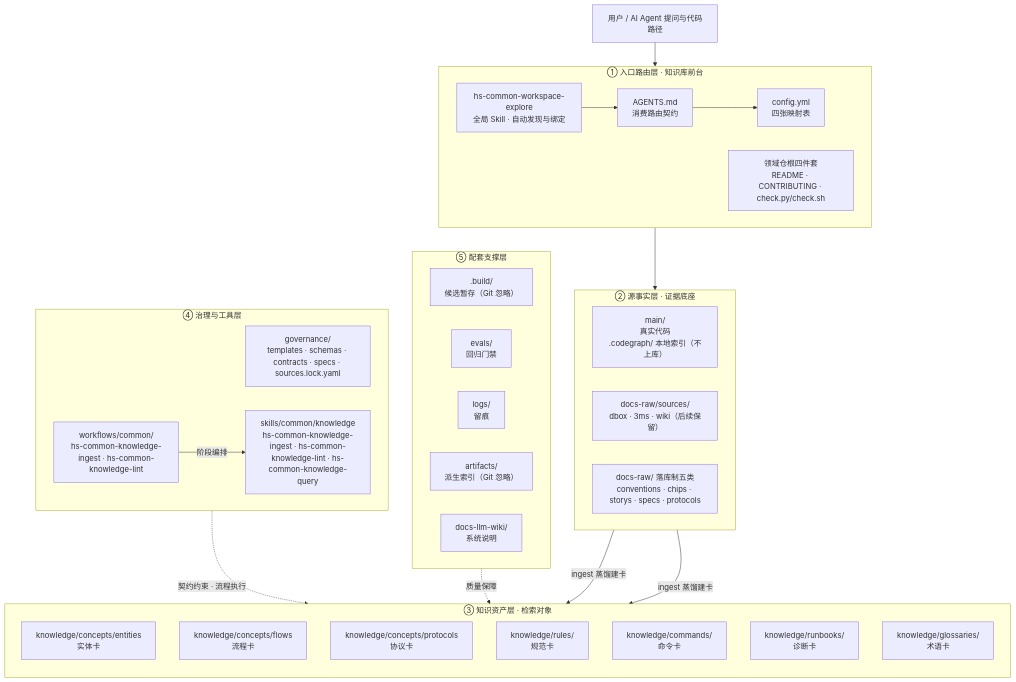
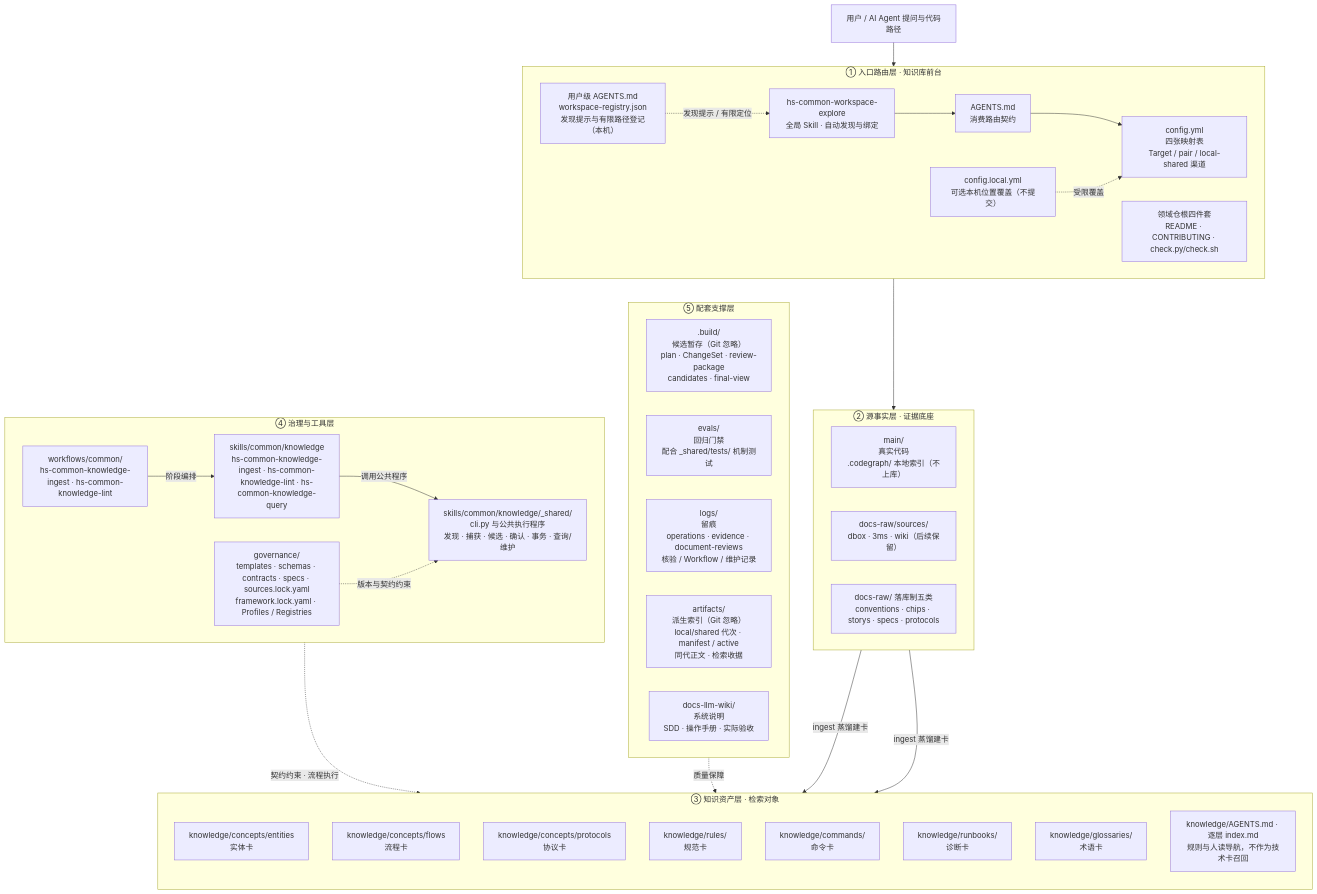
Before and after one commit to Robin-hhc/FactumCore: the first of 6 diagrams in docs-llm-wiki/设计文档/aibot.md, drawn with Mermaid. The commit also changed other lines of this file and 4 other files, not shown here.

Commit message:
docs(knowledge): reuse original architecture and extend lifecycle diagrams

````diff
--- a/docs-llm-wiki/设计文档/aibot.md
+++ b/docs-llm-wiki/设计文档/aibot.md
@@ -285,53 +285,61 @@
 ```mermaid
 flowchart TB
     U["用户 / AI Agent 提问与代码路径"]
 
     subgraph S1["① 入口路由层 · 知识库前台"]
         direction LR
         A0["hs-common-workspace-explore<br />全局 Skill · 自动发现与绑定"]
         A1["AGENTS.md<br />消费路由契约"]
-        A2["config.yml<br />四张映射表"]
+        A2["config.yml<br />四张映射表<br />Target / pair / local-shared 渠道"]
         A3["领域仓根四件套<br />README · CONTRIBUTING · check.py/check.sh"]
+        A4["用户级 AGENTS.md<br />workspace-registry.json<br />发现提示与有限路径登记（本机）"]
+        A5["config.local.yml<br />可选本机位置覆盖（不提交）"]
     end
 
     subgraph S2["② 源事实层 · 证据底座"]
         direction LR
         B1["main/<br />真实代码<br />.codegraph/ 本地索引（不上库）"]
         B2["docs-raw/sources/<br />dbox · 3ms · wiki（后续保留）"]
         B3["docs-raw/ 落库制五类<br />conventions · chips · storys · specs · protocols"]
     end
 
     subgraph S3["③ 知识资产层 · 检索对象"]
         direction TB
         C1["knowledge/concepts/entities<br />实体卡"]
         C2["knowledge/concepts/flows<br />流程卡"]
         C3["knowledge/concepts/protocols<br />协议卡"]
         C4["knowledge/rules/<br />规范卡"]
         C5["knowledge/commands/<br />命令卡"]
         C6["knowledge/runbooks/<br />诊断卡"]
         C7["knowledge/glossaries/<br />术语卡"]
+        C8["knowledge/AGENTS.md · 逐层 index.md<br />规则与人读导航，不作为技术卡召回"]
     end
 
     subgraph S4["④ 治理与工具层"]
         direction LR
-        D1["governance/<br />templates · schemas · contracts · specs · sources.lock.yaml"]
+        D1["governance/<br />templates · schemas · contracts · specs · sources.lock.yaml<br />framework.lock.yaml · Profiles / Registries"]
         D2["skills/common/knowledge<br />hs-common-knowledge-ingest · hs-common-knowledge-lint · hs-common-knowledge-query"]
         D3["workflows/common/<br />hs-common-knowledge-ingest · hs-common-knowledge-lint"]
         D3 -->|"阶段编排"| D2
+        D4["skills/common/knowledge/_shared/<br />cli.py 与公共执行程序<br />发现 · 捕获 · 候选 · 确认 · 事务 · 查询/维护"]
+        D2 -->|"调用公共程序"| D4
+        D1 -.->|"版本与契约约束"| D4
     end
 
     subgraph S5["⑤ 配套支撑层"]
         direction LR
-        E1[".build/<br />候选暂存（Git 忽略）"]
-        E2["evals/<br />回归门禁"]
-        E3["logs/<br />留痕"]
-        E4["artifacts/<br />派生索引（Git 忽略）"]
-        E5["docs-llm-wiki/<br />系统说明"]
+        E1[".build/<br />候选暂存（Git 忽略）<br />plan · ChangeSet · review-package<br />candidates · final-view"]
+        E2["evals/<br />回归门禁<br />配合 _shared/tests/ 机制测试"]
+        E3["logs/<br />留痕<br />operations · evidence · document-reviews<br />核验 / Workflow / 维护记录"]
+        E4["artifacts/<br />派生索引（Git 忽略）<br />local/shared 代次 · manifest / active<br />同代正文 · 检索收据"]
+        E5["docs-llm-wiki/<br />系统说明<br />SDD · 操作手册 · 实际验收"]
     end
 
     U --> A0 --> A1 --> A2
     A2 --> S2
+    A4 -.->|"发现提示 / 有限定位"| A0
+    A5 -.->|"受限覆盖"| A2
     B1 & B3 -->|"ingest 蒸馏建卡"| S3
     S4 -.->|"契约约束 · 流程执行"| S3
     S5 -.->|"质量保障"| S3
 ```
````
